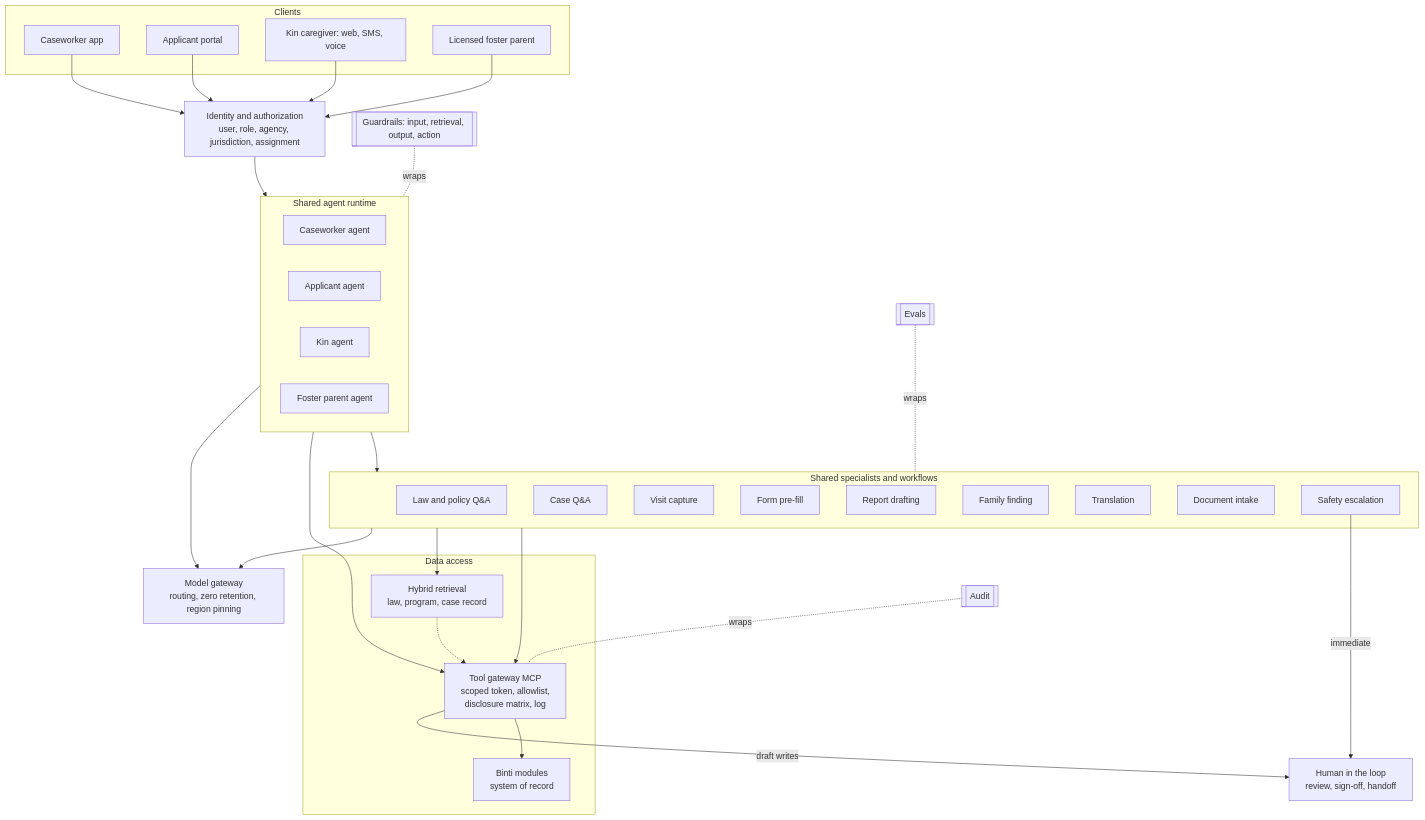
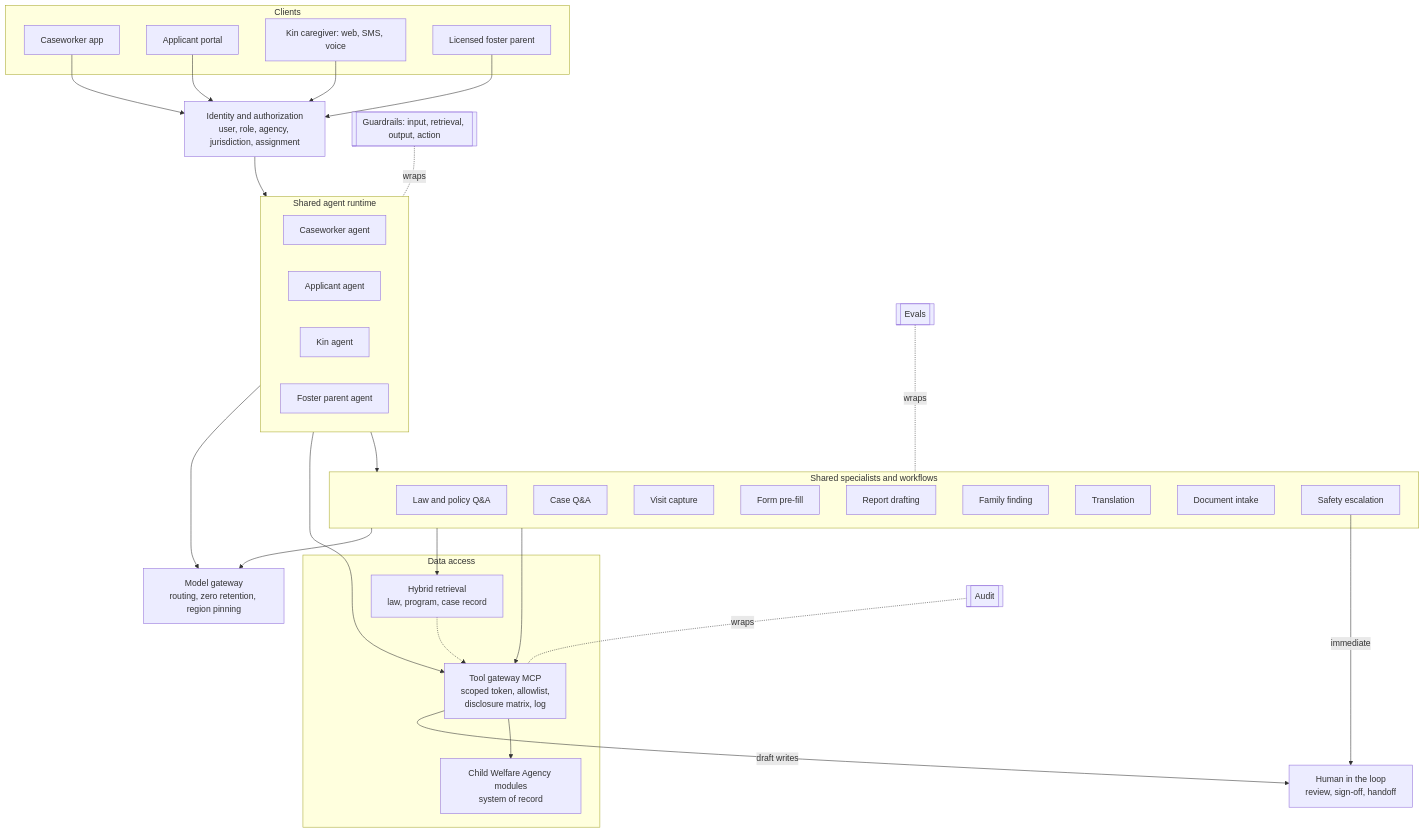
The diagram in docs/ai-architecture.md (bharath0690/child-welfare-agency), drawn with Mermaid before and after one commit. The commit also changed other lines of this file and 42 other files, not shown here.

First line of the commit message:
Rename to Child Welfare Agency and rewrite the README

````diff
--- a/docs/ai-architecture.md
+++ b/docs/ai-architecture.md
@@ -160,56 +160,56 @@
 ```mermaid
 flowchart TB
     subgraph Clients
         CW[Caseworker app]
         AP[Applicant portal]
         KN[Kin caregiver: web, SMS, voice]
         FP[Licensed foster parent]
     end
     ID[Identity and authorization<br/>user, role, agency, jurisdiction, assignment]
     subgraph Runtime[Shared agent runtime]
         direction LR
         A1[Caseworker agent]
         A2[Applicant agent]
         A3[Kin agent]
         A4[Foster parent agent]
     end
     subgraph Specialists[Shared specialists and workflows]
         S1[Law and policy Q&A]
         S2[Case Q&A]
         S3[Visit capture]
         S4[Form pre-fill]
         S5[Report drafting]
         S6[Family finding]
         S7[Translation]
         S8[Document intake]
         S9[Safety escalation]
     end
     subgraph Data[Data access]
         GW[Tool gateway MCP<br/>scoped token, allowlist,<br/>disclosure matrix, log]
         RAG[Hybrid retrieval<br/>law, program, case record]
-        MOD[Binti modules<br/>system of record]
+        MOD[Child Welfare Agency modules<br/>system of record]
     end
     MG[Model gateway<br/>routing, zero retention, region pinning]
     HITL[Human in the loop<br/>review, sign-off, handoff]
     CW --> ID
     AP --> ID
     KN --> ID
     FP --> ID
     ID --> Runtime
     Runtime --> Specialists
     Runtime --> GW
     Specialists --> GW
     Specialists --> RAG
     GW --> MOD
     RAG -.-> GW
     Runtime --> MG
     Specialists --> MG
     GW -->|draft writes| HITL
     S9 -->|immediate| HITL
     GR[[Guardrails: input, retrieval, output, action]]
     AU[[Audit]]
     EV[[Evals]]
     GR -.wraps.- Runtime
     AU -.wraps.- GW
     EV -.wraps.- Specialists
 ```
````
